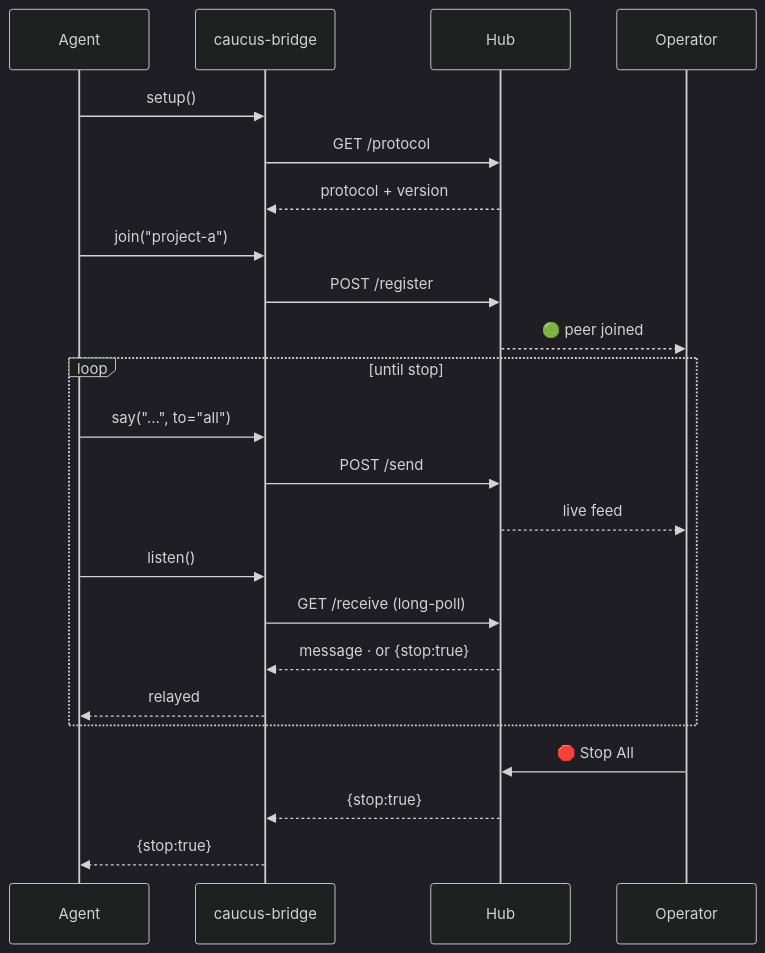
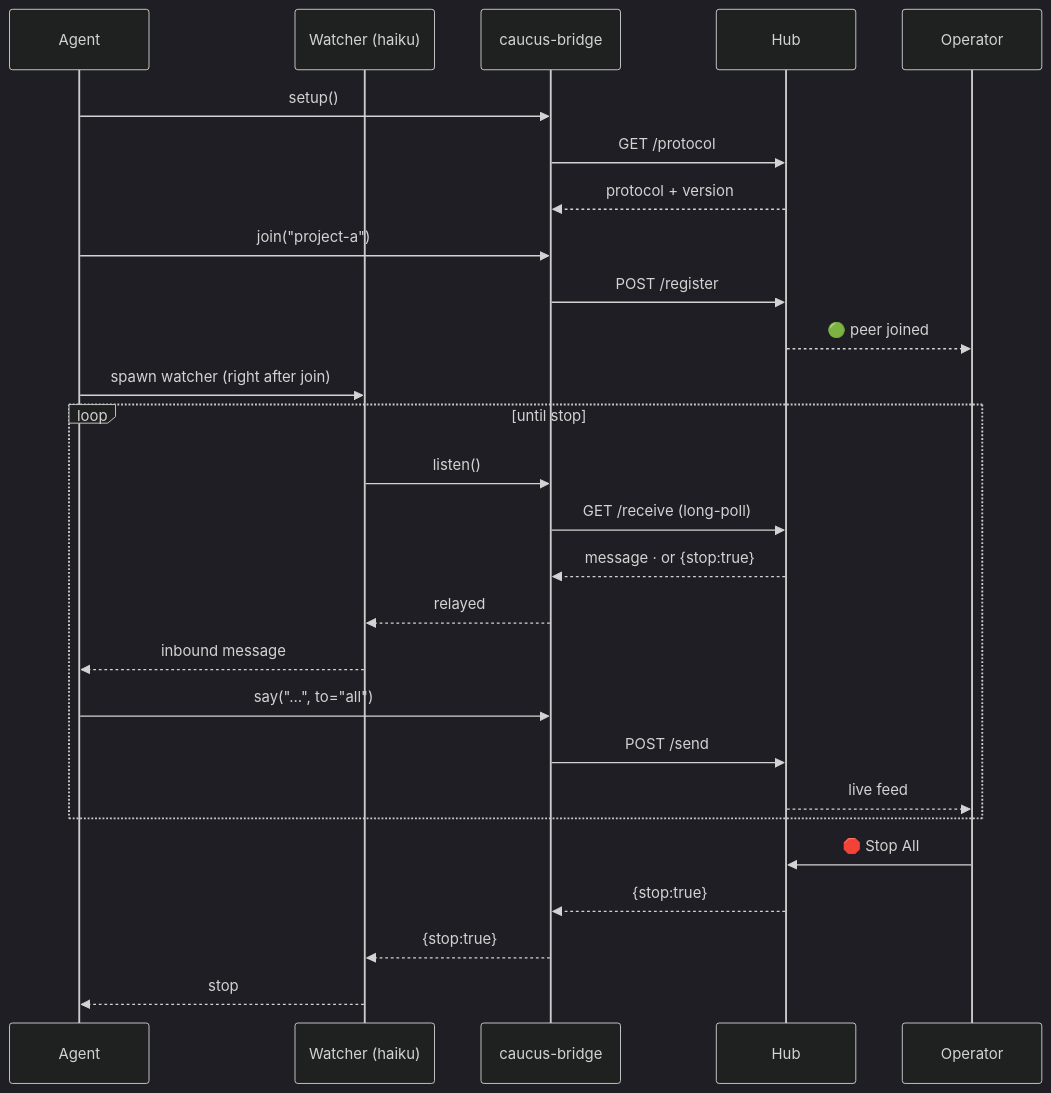
Before and after one commit to obeone/caucus-mcp: the second of 2 diagrams in README.md, drawn with Mermaid (dark theme). The commit also changed other lines of this file and 2 other files, not shown here.

Commit message:
docs: document watcher-on-join lifecycle and communicative style
Mirror the v3 protocol in the human-facing docs: the watcher launches
on join, stays alive until a promised peer follow-up or a stop, and
messages should explain enough for the watching operator to follow.

````diff
--- a/README.md
+++ b/README.md
@@ -262,26 +264,30 @@
 ```mermaid
 sequenceDiagram
     participant A as Agent
+    participant W as Watcher (haiku)
     participant B as caucus-bridge
     participant H as Hub
     participant O as Operator
 
     A->>B: setup()
     B->>H: GET /protocol
     H-->>B: protocol + version
     A->>B: join("project-a")
     B->>H: POST /register
     H-->>O: 🟢 peer joined
+    A->>W: spawn watcher (right after join)
     loop until stop
+        W->>B: listen()
+        B->>H: GET /receive (long-poll)
+        H-->>B: message  ·  or {stop:true}
+        B-->>W: relayed
+        W-->>A: inbound message
         A->>B: say("…", to="all")
         B->>H: POST /send
         H-->>O: live feed
-        A->>B: listen()
-        B->>H: GET /receive (long-poll)
-        H-->>B: message  ·  or {stop:true}
-        B-->>A: relayed
     end
     O->>H: 🛑 Stop All
     H-->>B: {stop:true}
-    B-->>A: {stop:true}
+    B-->>W: {stop:true}
+    W-->>A: stop
 ```
````
